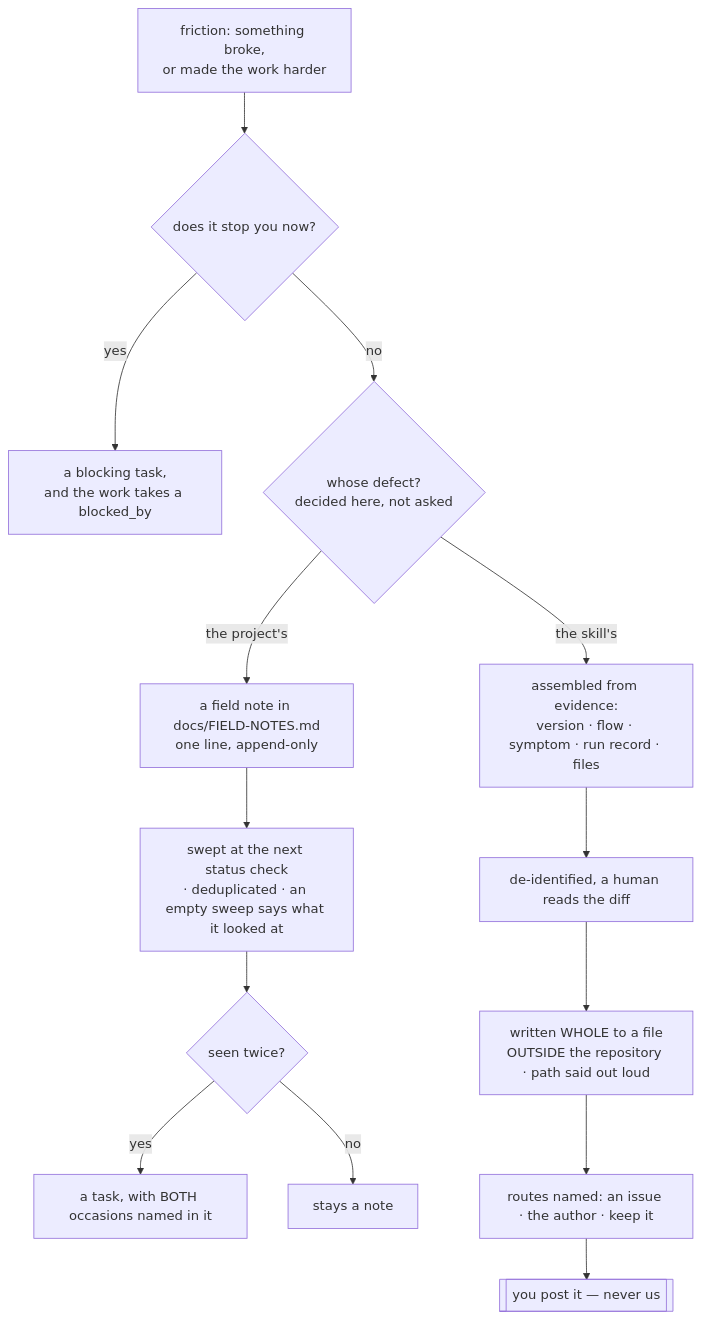
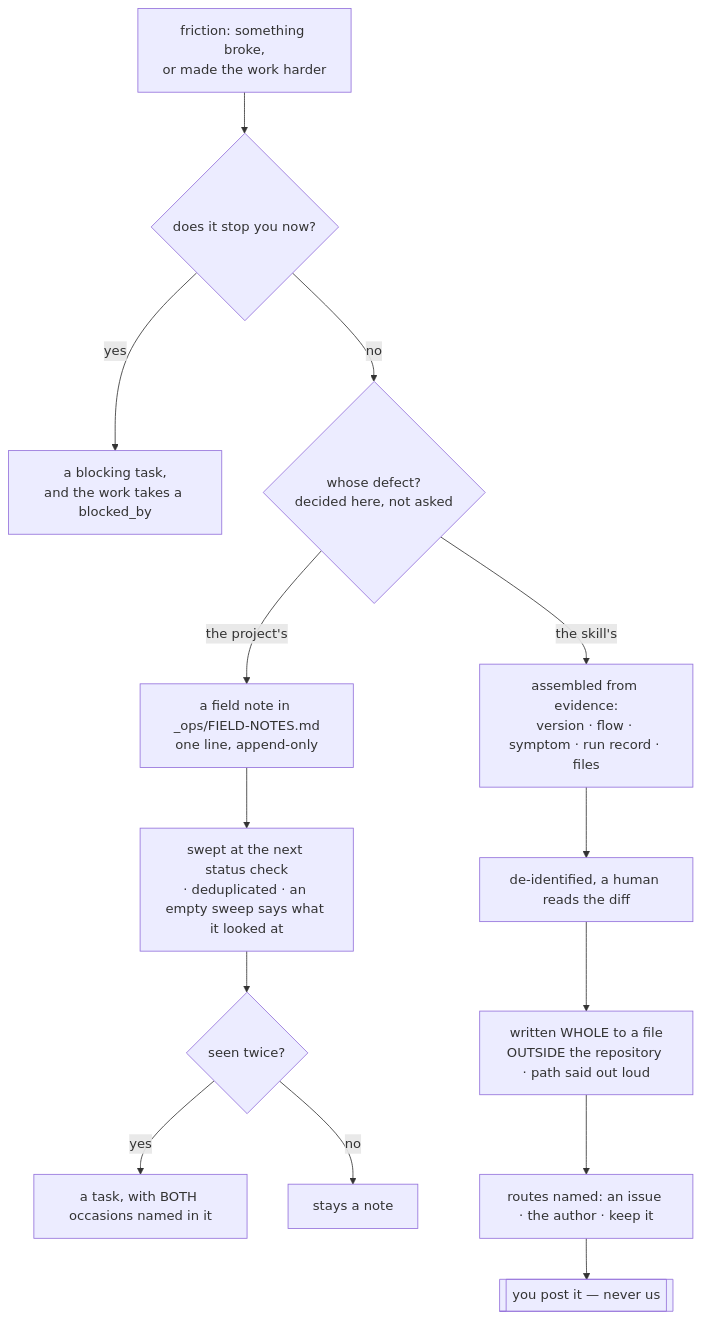
Before and after one commit to jamillazarev/opsinist: diagram 18 of 24 in diagrams.md, drawn with Mermaid. The commit also changed other lines of this file and 58 other files, not shown here.

Commit message:
the machinery moves under one door — _ops/, the migrator, and the carried deferral

````diff
--- a/diagrams.md
+++ b/diagrams.md
@@ -372,16 +372,16 @@
 ```mermaid
 flowchart TD
   F[friction: something broke,<br/>or made the work harder] --> Q{does it stop you now?}
   Q -- yes --> B[a blocking task,<br/>and the work takes a blocked_by]
   Q -- no --> W{whose defect?<br/>decided here, not asked}
-  W -- the project's --> N[a field note in docs/FIELD-NOTES.md<br/>one line, append-only]
+  W -- the project's --> N[a field note in _ops/FIELD-NOTES.md<br/>one line, append-only]
   N --> S[swept at the next status check<br/>· deduplicated · an empty sweep says what it looked at]
   S --> T{seen twice?}
   T -- yes --> TASK[a task, with BOTH occasions named in it]
   T -- no --> KEEP[stays a note]
   W -- the skill's --> P[assembled from evidence:<br/>version · flow · symptom · run record · files]
   P --> D[de-identified, a human reads the diff]
   D --> FILE[written WHOLE to a file<br/>OUTSIDE the repository · path said out loud]
   FILE --> R[routes named: an issue · the author · keep it]
   R --> YOU[[you post it — never us]]
 ```
````
